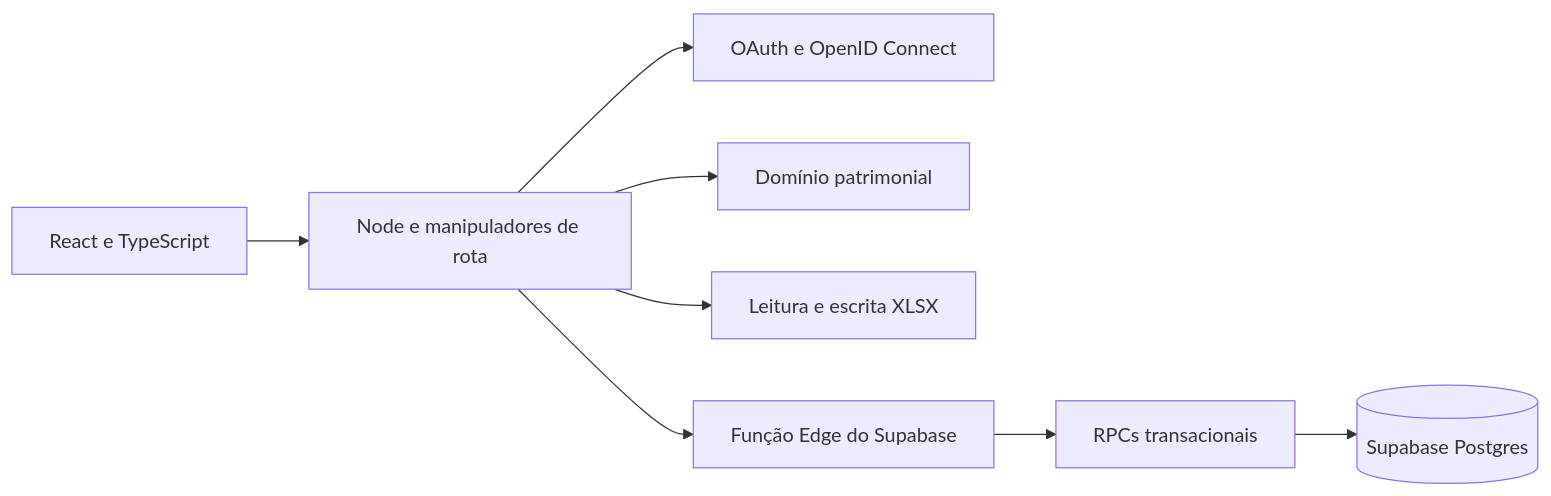
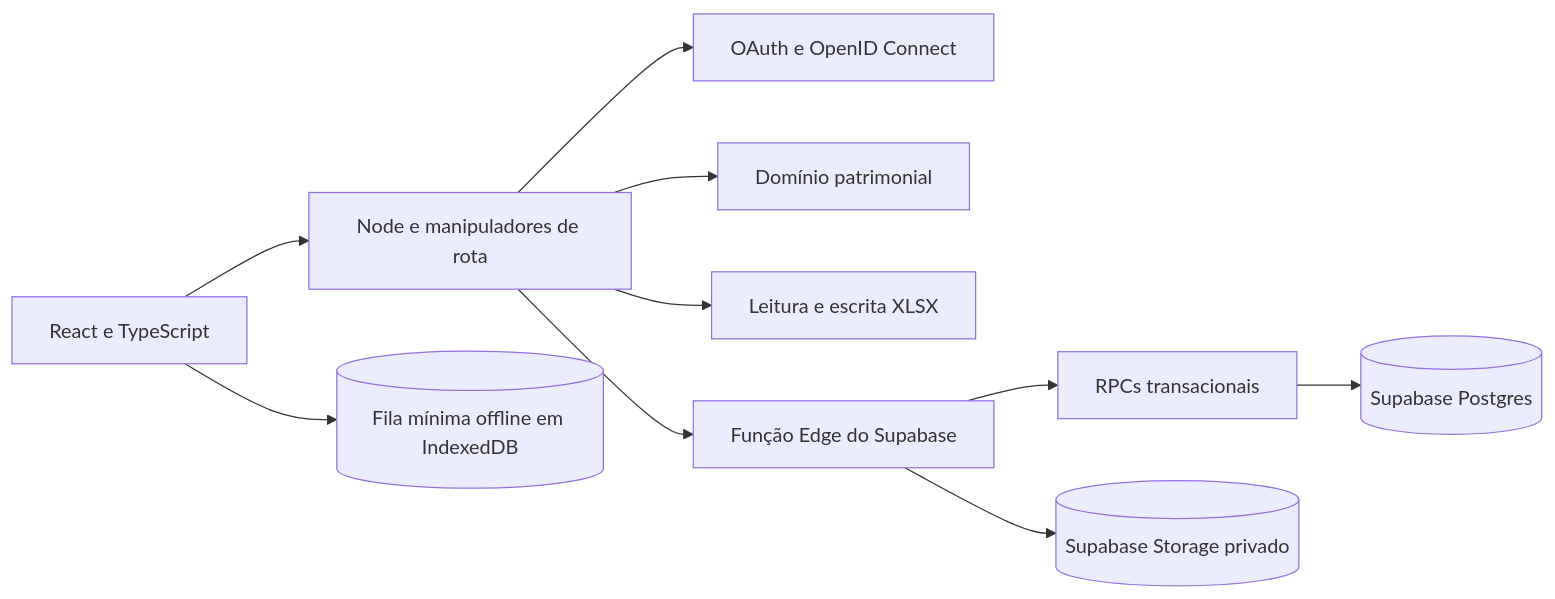
One commit to Kenjihidehira/patrimonio-ops-control changed the diagram in docs/arquitetura.md. Above: the diagram before and after it, drawn with Mermaid. The commit also changed other lines of this file and 33 other files, not shown here.

````diff
--- a/docs/arquitetura.md
+++ b/docs/arquitetura.md
@@ -5,10 +5,12 @@
 ```mermaid
 flowchart LR
     UI[React e TypeScript] --> API[Node e manipuladores de rota]
     API --> AUTH[OAuth e OpenID Connect]
     API --> DOMAIN[Domínio patrimonial]
     API --> XLSX[Leitura e escrita XLSX]
     API --> GATEWAY[Função Edge do Supabase]
     GATEWAY --> RPC[RPCs transacionais]
     RPC --> PG[(Supabase Postgres)]
+    GATEWAY --> STORAGE[(Supabase Storage privado)]
+    UI --> IDB[(Fila mínima offline em IndexedDB)]
 ```
````
